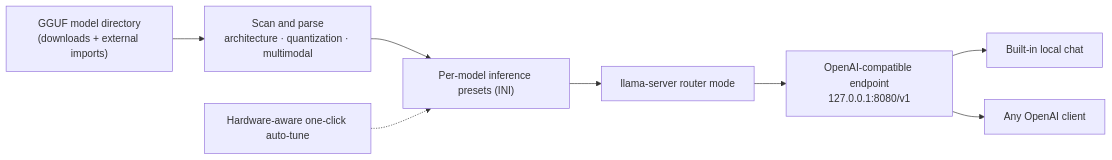
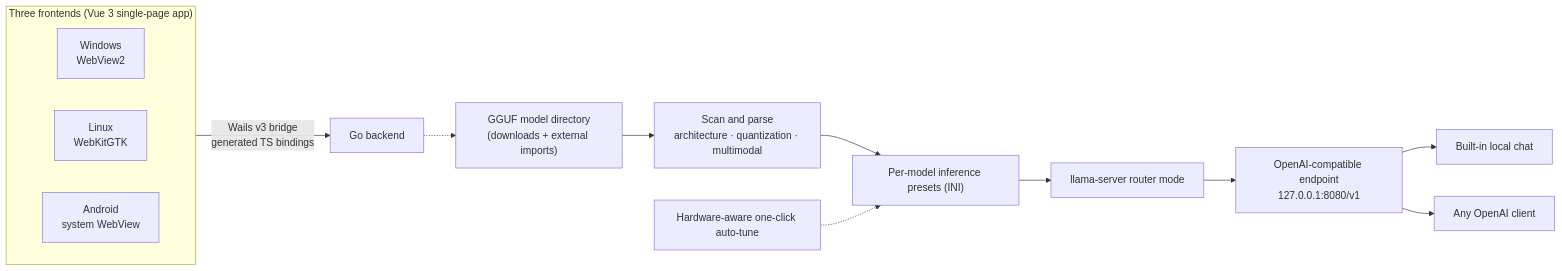
One commit to CodeNeow/llama-cpp-desktop changed the diagram in README_en.md. Above: the diagram before and after it, drawn with Mermaid. The commit also changed other lines of this file and 22 other files, not shown here.

````diff
--- a/README_en.md
+++ b/README_en.md
@@ -127,10 +195,18 @@
 ```mermaid
 flowchart LR
+    subgraph UI["Three frontends (Vue 3 single-page app)"]
+        direction LR
+        W["Windows<br/>WebView2"]
+        L["Linux<br/>WebKitGTK"]
+        M["Android<br/>system WebView"]
+    end
+    UI -- "Wails v3 bridge<br/>generated TS bindings" --> B0["Go backend"]
     A["GGUF model directory<br/>(downloads + external imports)"] --> B["Scan and parse<br/>architecture · quantization · multimodal"]
     B --> C["Per-model inference presets (INI)"]
     C --> D["llama-server router mode"]
     D --> E["OpenAI-compatible endpoint<br/>127.0.0.1:8080/v1"]
     E --> F["Built-in local chat"]
     E --> G["Any OpenAI client"]
     H["Hardware-aware one-click auto-tune"] -.-> C
+    B0 -.-> A
 ```
````
